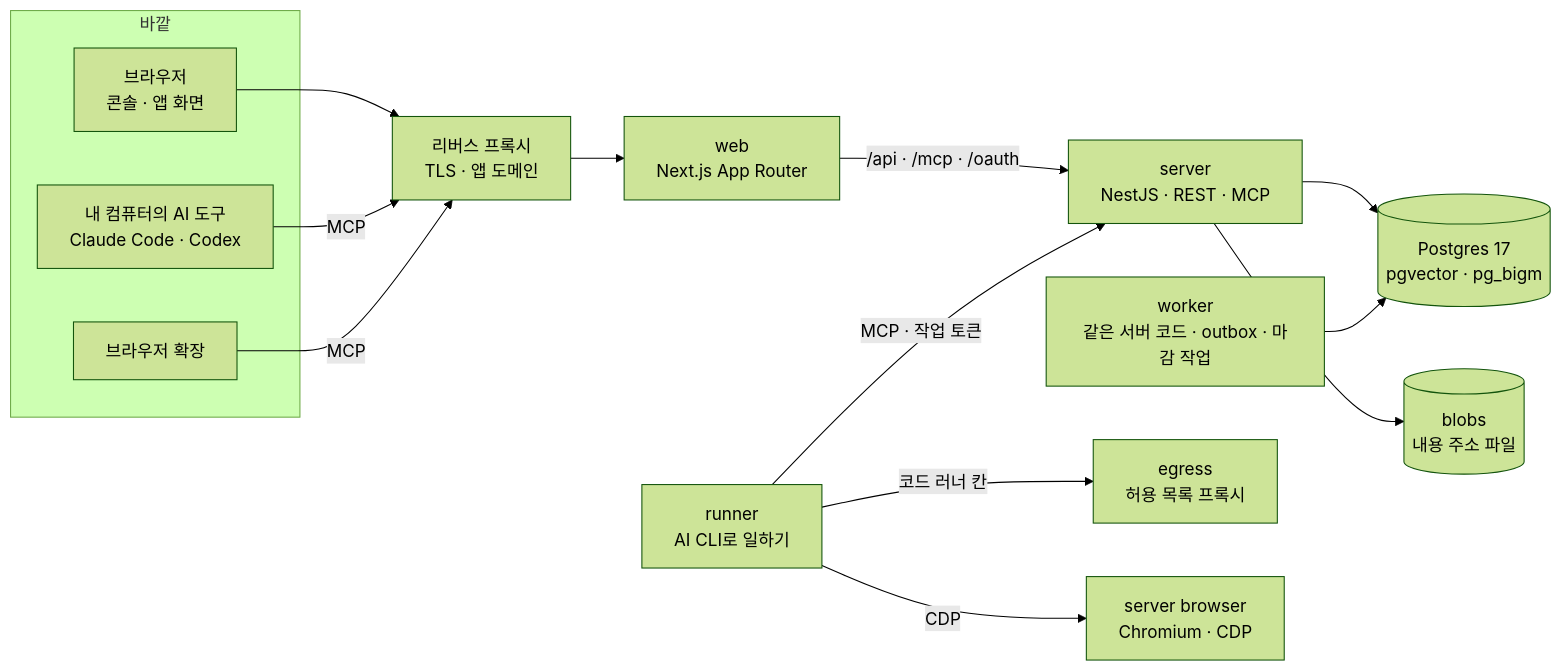
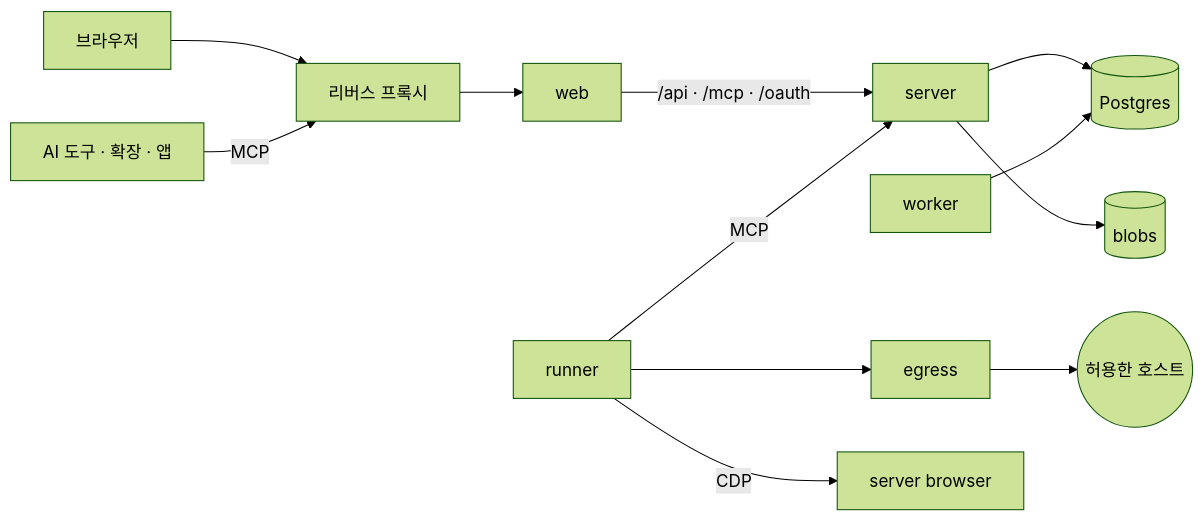
The third of 3 diagrams in README.md (KangminNa/Moida), drawn with Mermaid (forest theme) before and after one commit. The commit also changed other lines of this file and 4 other files, not shown here.

````diff
--- a/README.md
+++ b/README.md
@@ -212,28 +230,12 @@
 ```mermaid
 flowchart LR
-  subgraph outside [바깥]
-    B[브라우저<br/>콘솔 · 앱 화면]
-    T[내 컴퓨터의 AI 도구<br/>Claude Code · Codex]
-    X[브라우저 확장]
-  end
-  P[리버스 프록시<br/>TLS · 앱 도메인]
-  W[web<br/>Next.js App Router]
-  S[server<br/>NestJS · REST · MCP]
-  K[worker<br/>같은 서버 코드 · outbox · 마감 작업]
-  D[(Postgres 17<br/>pgvector · pg_bigm)]
-  F[(blobs<br/>내용 주소 파일)]
-  R[runner<br/>AI CLI로 일하기]
-  E[egress<br/>허용 목록 프록시]
-  BR[server browser<br/>Chromium · CDP]
-
-  B --> P --> W
-  T -- MCP --> P
-  X -- MCP --> P
-  W -- "/api · /mcp · /oauth" --> S
-  S --> D
-  K --> D
-  S --> F
-  R -- "MCP · 작업 토큰" --> S
-  R -- 코드 러너 칸 --> E
-  R -- CDP --> BR
+  B[브라우저] --> P[리버스 프록시] --> W[web]
+  T[AI 도구 · 확장 · 앱] -- MCP --> P
+  W -- "/api · /mcp · /oauth" --> S[server]
+  S --> D[(Postgres)]
+  K[worker] --> D
+  S --> F[(blobs)]
+  R[runner] -- MCP --> S
+  R --> E[egress] --> N((허용한 호스트))
+  R -- CDP --> BR[server browser]
 ```
````
